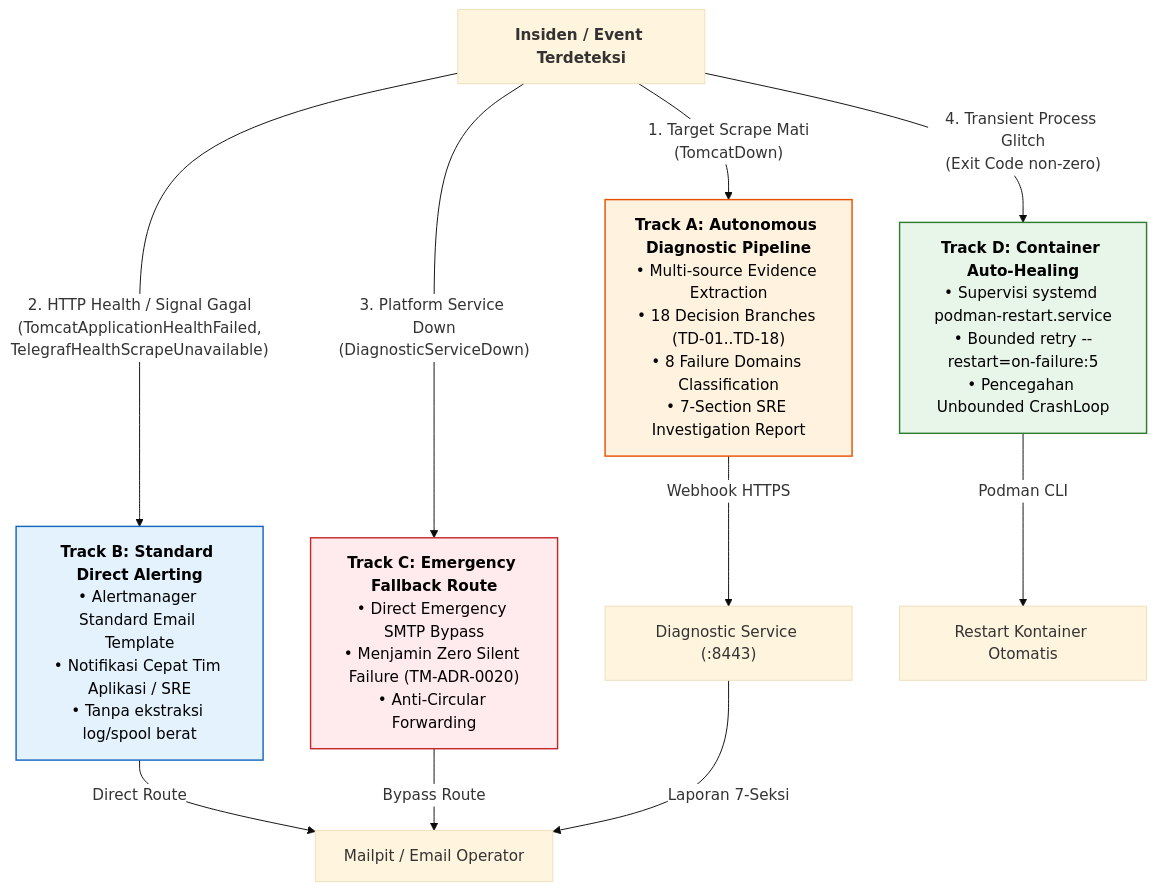
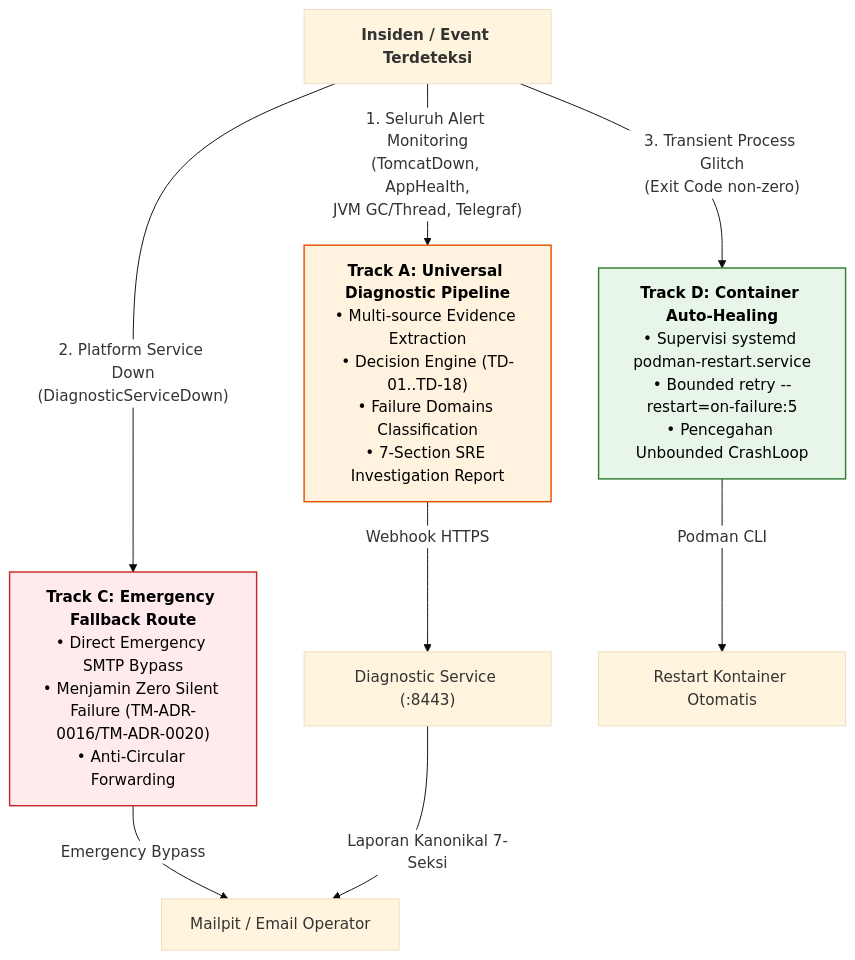
Before and after one commit to edkas07-oss/devops-handbook: the fourth of 4 diagrams in docs/projects/tomcat-monitoring/architecture/index.md, drawn with Mermaid. The commit also changed other lines of this file and 9 other files, not shown here.

Commit message:
docs(tm): enforce universal diagnostic ingestion and single canonical notification authority policy

````diff
--- a/docs/projects/tomcat-monitoring/architecture/index.md
+++ b/docs/projects/tomcat-monitoring/architecture/index.md
@@ -300,29 +300,25 @@
 ```mermaid
 %%{init: {
   'theme': 'base',
   'themeVariables': {
     'edgeLabelBackground': '#ffffff'
   }
 }}%%
 flowchart TD
     INCIDENT["<b>Insiden / Event Terdeteksi</b>"]
 
-    INCIDENT -->|"1. Target Scrape Mati<br/>(TomcatDown)"| TRACK_A["<b>Track A: Autonomous Diagnostic Pipeline</b><br/>• Multi-source Evidence Extraction<br/>• 18 Decision Branches (TD-01..TD-18)<br/>• 8 Failure Domains Classification<br/>• 7-Section SRE Investigation Report"]
+    INCIDENT -->|"1. Seluruh Alert Monitoring<br/>(TomcatDown, AppHealth,<br/>JVM GC/Thread, Telegraf)"| TRACK_A["<b>Track A: Universal Diagnostic Pipeline</b><br/>• Multi-source Evidence Extraction<br/>• Decision Engine (TD-01..TD-18)<br/>• Failure Domains Classification<br/>• 7-Section SRE Investigation Report"]
     
-    INCIDENT -->|"2. HTTP Health / Signal Gagal<br/>(TomcatApplicationHealthFailed,<br/>TelegrafHealthScrapeUnavailable)"| TRACK_B["<b>Track B: Standard Direct Alerting</b><br/>• Alertmanager Standard Email Template<br/>• Notifikasi Cepat Tim Aplikasi / SRE<br/>• Tanpa ekstraksi log/spool berat"]
+    INCIDENT -->|"2. Platform Service Down<br/>(DiagnosticServiceDown)"| TRACK_C["<b>Track C: Emergency Fallback Route</b><br/>• Direct Emergency SMTP Bypass<br/>• Menjamin Zero Silent Failure (TM-ADR-0016/TM-ADR-0020)<br/>• Anti-Circular Forwarding"]
     
-    INCIDENT -->|"3. Platform Service Down<br/>(DiagnosticServiceDown)"| TRACK_C["<b>Track C: Emergency Fallback Route</b><br/>• Direct Emergency SMTP Bypass<br/>• Menjamin Zero Silent Failure (TM-ADR-0020)<br/>• Anti-Circular Forwarding"]
-    
-    INCIDENT -->|"4. Transient Process Glitch<br/>(Exit Code non-zero)"| TRACK_D["<b>Track D: Container Auto-Healing</b><br/>• Supervisi systemd podman-restart.service<br/>• Bounded retry --restart=on-failure:5<br/>• Pencegahan Unbounded CrashLoop"]
+    INCIDENT -->|"3. Transient Process Glitch<br/>(Exit Code non-zero)"| TRACK_D["<b>Track D: Container Auto-Healing</b><br/>• Supervisi systemd podman-restart.service<br/>• Bounded retry --restart=on-failure:5<br/>• Pencegahan Unbounded CrashLoop"]
 
     TRACK_A -->|"Webhook HTTPS"| DS_ENGINE["Diagnostic Service (:8443)"]
-    TRACK_B -->|"Direct Route"| NC_MAIL["Mailpit / Email Operator"]
-    TRACK_C -->|"Bypass Route"| NC_MAIL
+    TRACK_C -->|"Emergency Bypass"| NC_MAIL["Mailpit / Email Operator"]
     TRACK_D -->|"Podman CLI"| RESTART_ACT["Restart Kontainer Otomatis"]
-    DS_ENGINE -->|"Laporan 7-Seksi"| NC_MAIL
+    DS_ENGINE -->|"Laporan Kanonikal 7-Seksi"| NC_MAIL
 
     style TRACK_A fill:#fff3e0,stroke:#e65100,stroke-width:1.5px,color:#000000
-    style TRACK_B fill:#e3f2fd,stroke:#1565c0,stroke-width:1.5px,color:#000000
     style TRACK_C fill:#ffebee,stroke:#c62828,stroke-width:1.5px,color:#000000
     style TRACK_D fill:#e8f5e9,stroke:#2e7d32,stroke-width:1.5px,color:#000000
 ```
````
